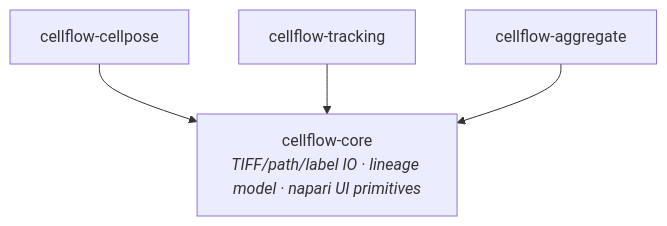
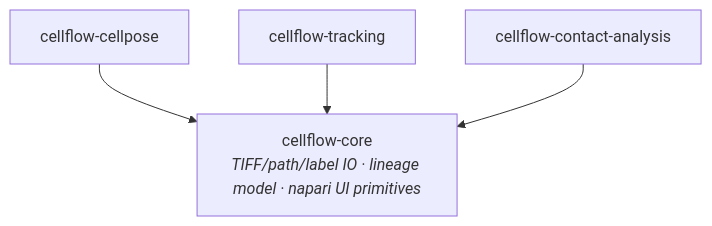
Before and after one commit to ArturRuppel/ITASC: the diagram in docs/development/architecture.md, drawn with Mermaid. The commit also changed other lines of this file and 180 other files, not shown here.

````diff
--- a/docs/development/architecture.md
+++ b/docs/development/architecture.md
@@ -13,10 +13,10 @@
 ```{mermaid}
 flowchart TD
     core["cellflow-core<br/><i>TIFF/path/label IO · lineage model · napari UI primitives</i>"]
     cp["cellflow-cellpose"]
     trk["cellflow-tracking"]
-    agg["cellflow-aggregate"]
+    agg["cellflow-contact-analysis"]
     cp --> core
     trk --> core
     agg --> core
 ```
````
